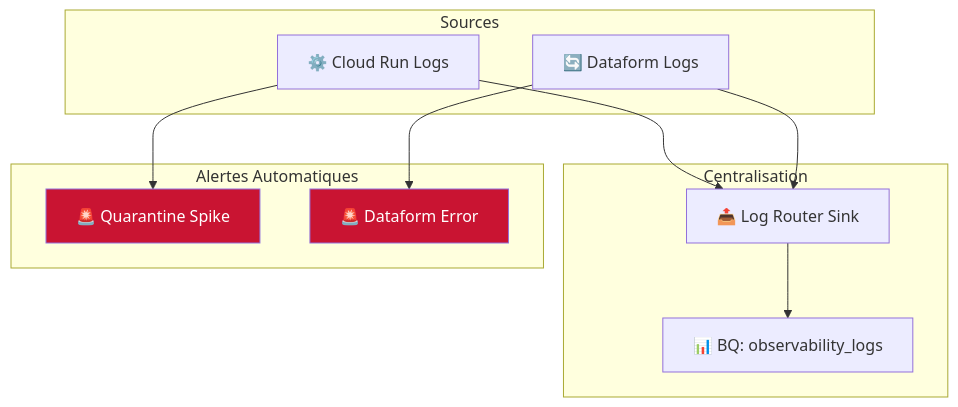
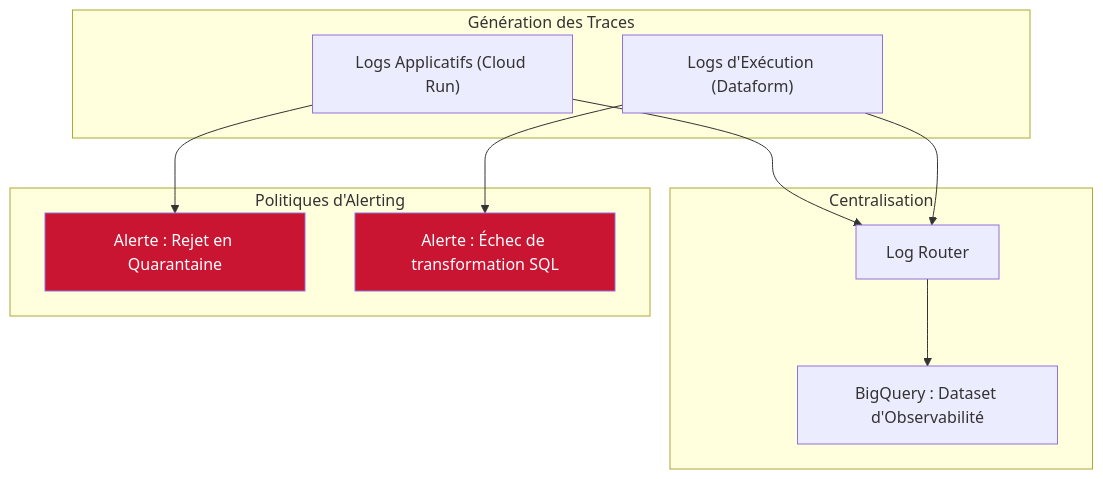
Before and after one commit to maxencenho-cloud/data-platform-runbook: the fifth of 5 diagrams in docs/ATELIER_01_ARCHITECTURE.md, drawn with Mermaid. The commit also changed other lines of this file and 1 other file, not shown here.

Commit message:
docs: update architecture documentation and add support for data ingestion specifications

````diff
--- a/docs/ATELIER_01_ARCHITECTURE.md
+++ b/docs/ATELIER_01_ARCHITECTURE.md
@@ -221,24 +196,24 @@
 ```mermaid
 graph TB
-    subgraph "Sources"
-        CR_LOG["⚙️ Cloud Run Logs"]
-        DF_LOG["🔄 Dataform Logs"]
+    subgraph "Génération des Traces"
+        CR_LOG["Logs Applicatifs (Cloud Run)"]
+        DF_LOG["Logs d'Exécution (Dataform)"]
     end
     
     subgraph "Centralisation"
-        SINK["📤 Log Router Sink"]
-        OBS["📊 BQ: observability_logs"]
+        SINK["Log Router"]
+        OBS["BigQuery : Dataset d'Observabilité"]
     end
     
-    subgraph "Alertes Automatiques"
-        A1["🚨 Quarantine Spike"]
-        A2["🚨 Dataform Error"]
+    subgraph "Politiques d'Alerting"
+        A1["Alerte : Rejet en Quarantaine"]
+        A2["Alerte : Échec de transformation SQL"]
     end
     
     CR_LOG & DF_LOG --> SINK --> OBS
     CR_LOG --> A1
     DF_LOG --> A2
     
     style A1 fill:#C91432,color:#fff
     style A2 fill:#C91432,color:#fff
 ```
````
